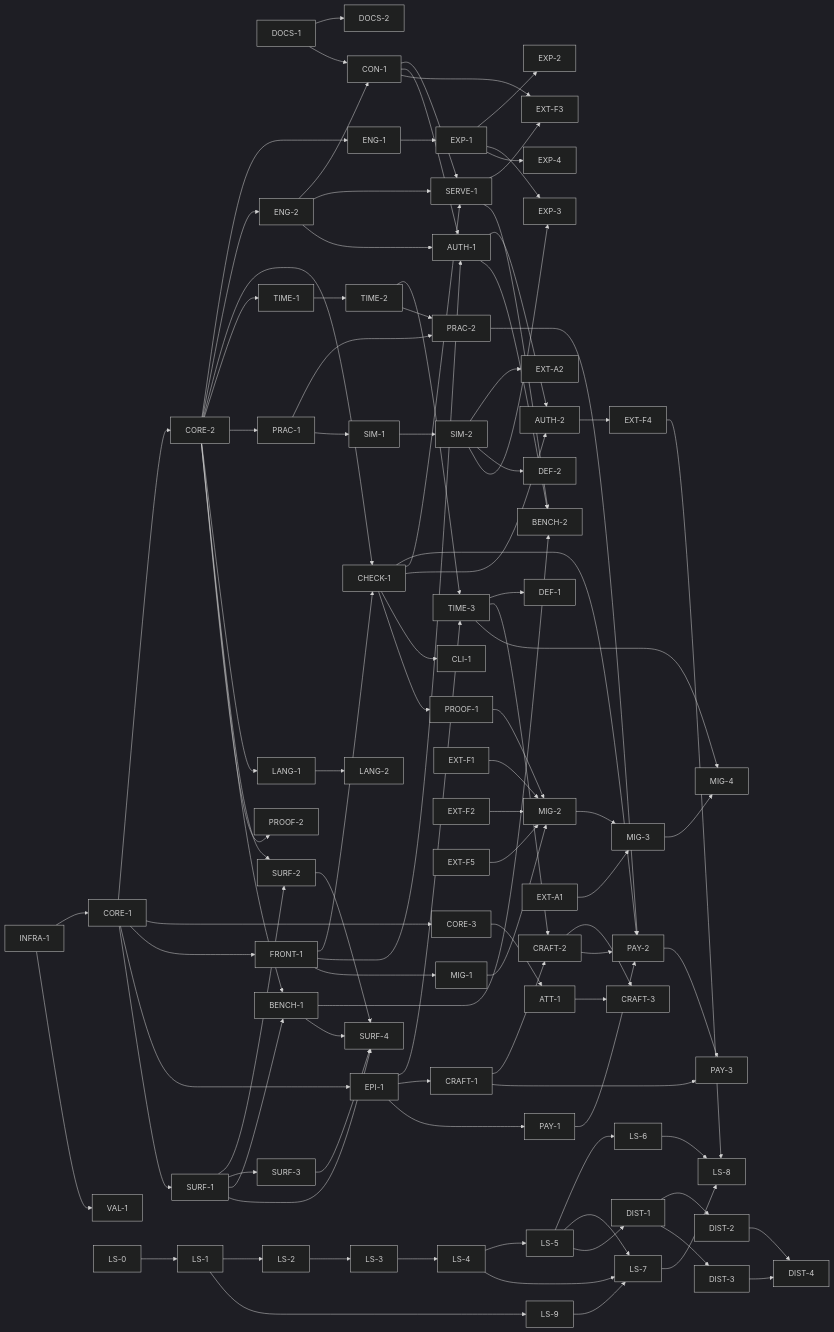
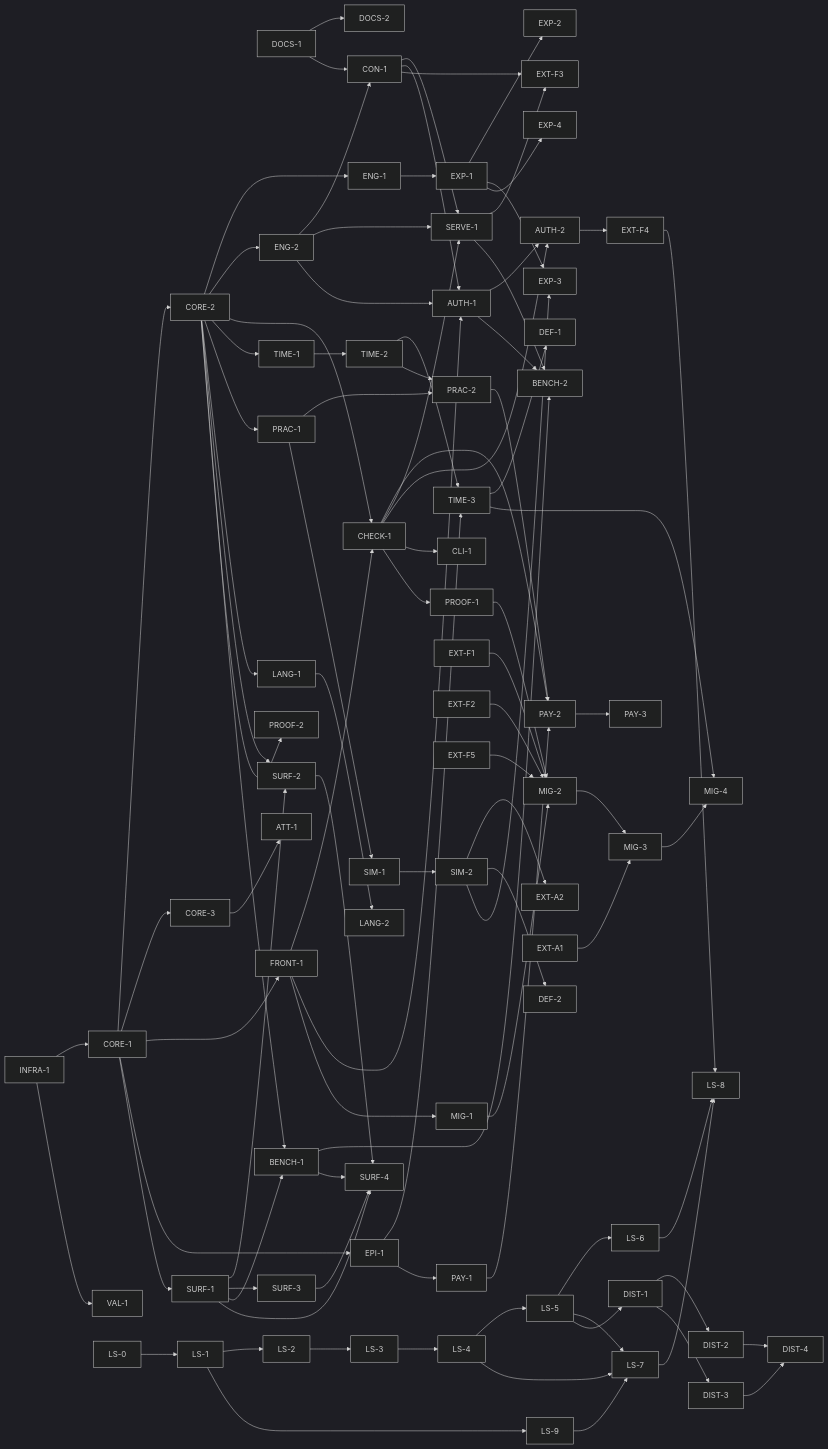
Before and after one commit to jeffreykentjr/deloreis: the diagram in docs/PLAN.md, drawn with Mermaid (dark theme). The commit also changed other lines of this file and 5 other files, not shown here.

```diff
--- a/docs/PLAN.md
+++ b/docs/PLAN.md
@@ -461,19 +453,12 @@
 
   LANG-1 --> LANG-2
 
-  EPI-1 --> CRAFT-1
-  CRAFT-1 --> CRAFT-2
-  TIME-3 --> CRAFT-2
-  CRAFT-2 --> CRAFT-3
-  ATT-1 --> CRAFT-3
 
   EPI-1 --> PAY-1
   PAY-1 --> PAY-2
   CHECK-1 --> PAY-2
   PRAC-2 --> PAY-2
-  CRAFT-2 --> PAY-2
   PAY-2 --> PAY-3
-  CRAFT-1 --> PAY-3
 
   ENG-2 --> CON-1
   CON-1 --> SERVE-1
```
